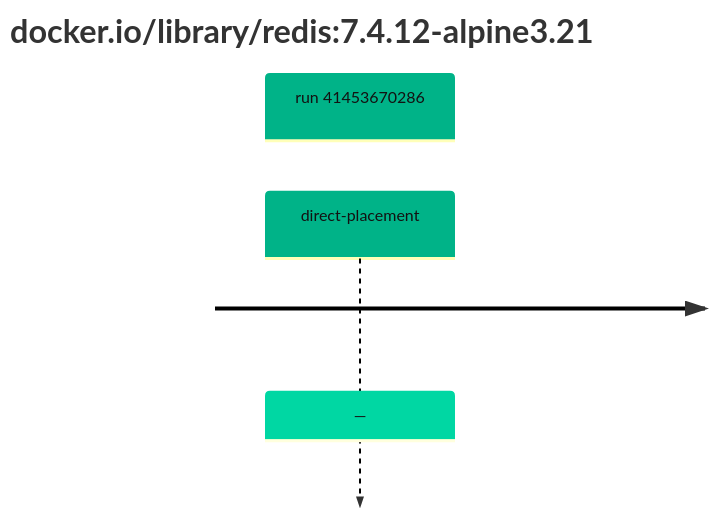
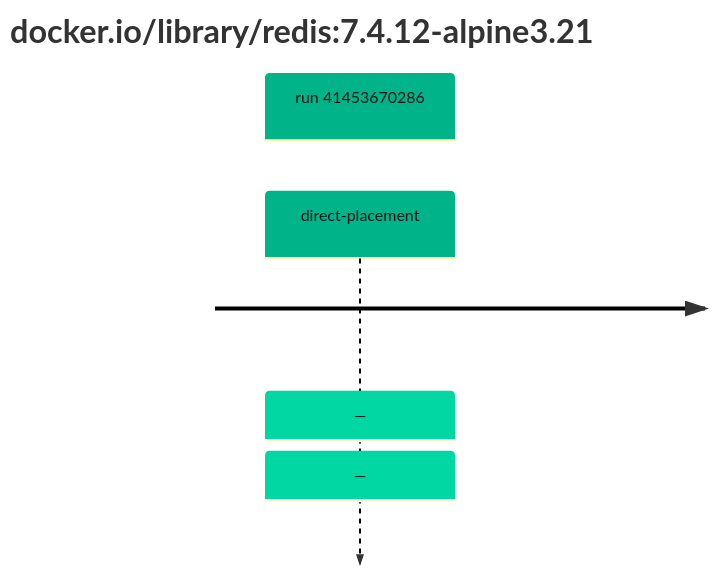
One commit to trivoallan/base-images changed the diagram in results/reports/redis-7/sha256:8da19c7399dca900c6822a1cf30f9d2285585e2c4b457ff4095b0f4500054d3f/41453670286-1.md. Above: the diagram before and after it, drawn with Mermaid. The commit also changed other lines of this file and 2 other files, not shown here.

Commit message:
journal(redis-7): placements du screening

````diff
--- a/results/reports/redis-7/sha256:8da19c7399dca900c6822a1cf30f9d2285585e2c4b457ff4095b0f4500054d3f/41453670286-1.md
+++ b/results/reports/redis-7/sha256:8da19c7399dca900c6822a1cf30f9d2285585e2c4b457ff4095b0f4500054d3f/41453670286-1.md
@@ -5,7 +5,7 @@
 ```mermaid
 %%{init: {"theme": "default", "themeVariables": {"cScale0": "#00b388", "cScaleLabel0": "#121212"}}}%%
 timeline
     title docker.io/library/redis#58;7.4.12-alpine3.21
     section run 41453670286
-        direct-placement : —
+        direct-placement : — : —
 ```
````
